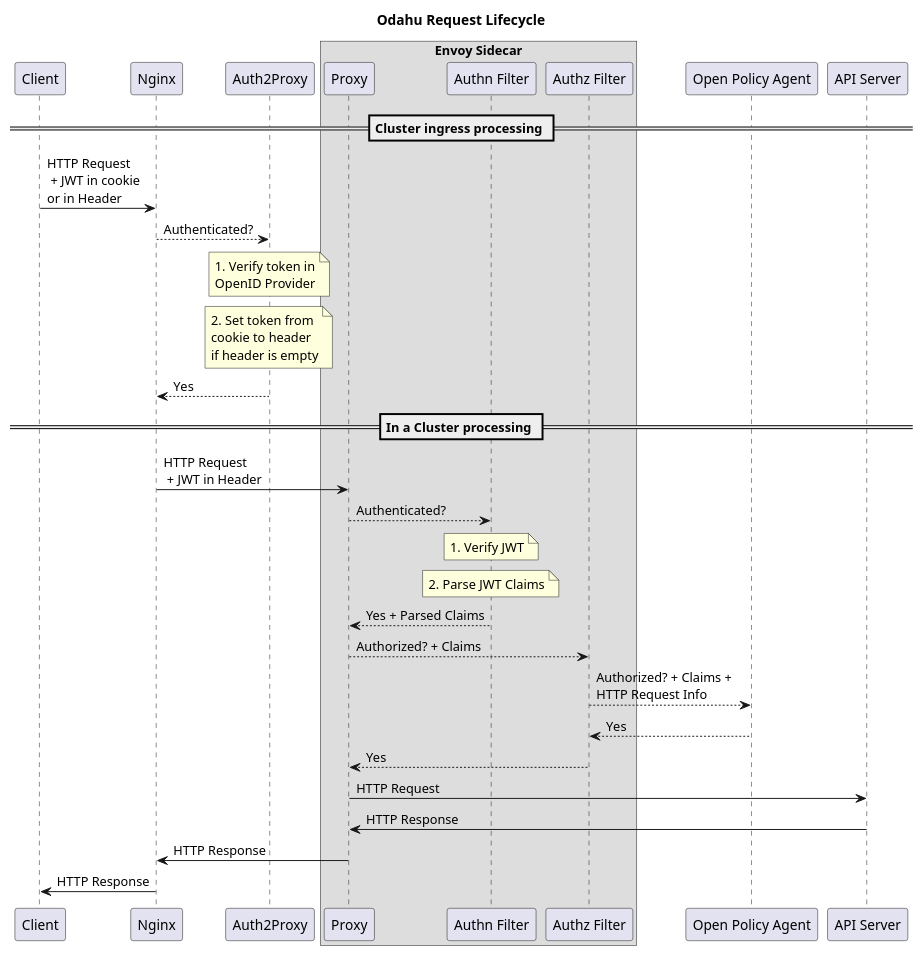
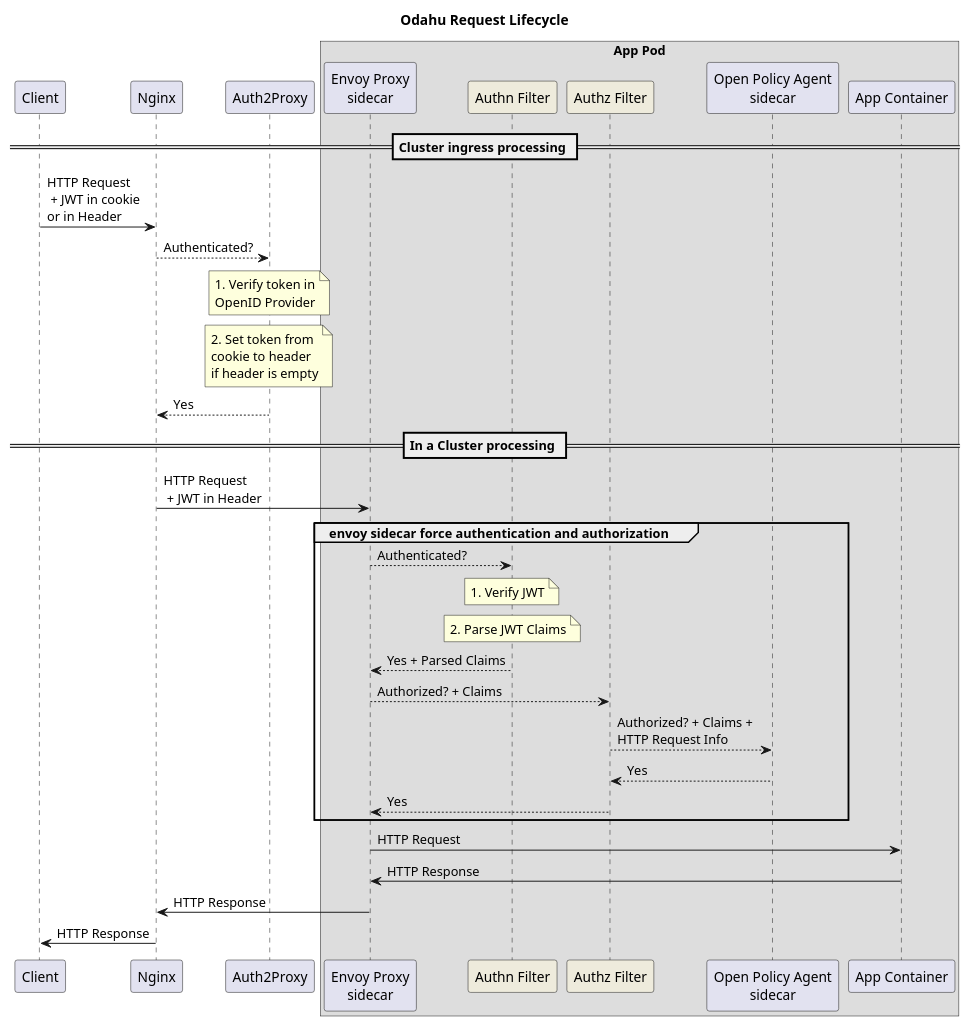
The diagram in source/uml/odahu_security_sequence.puml (odahu/odahu-docs), drawn with PlantUML before and after one commit. The commit also changed 2 other files, not shown here.

```diff
--- a/source/uml/odahu_security_sequence.puml
+++ b/source/uml/odahu_security_sequence.puml
@@ -1,40 +1,43 @@
 @startuml
 
 participant Client order 10
 participant Nginx order 20
 participant Auth2Proxy order 30
 
-box "Envoy Sidecar"
-participant "Proxy" order 40
-participant "Authn Filter" order 40
-participant "Authz Filter" order 50
+box "App Pod"
+participant "Envoy Proxy\nsidecar" order 40
+participant "Authn Filter" order 40 #EEEBDC
+participant "Authz Filter" order 50 #EEEBDC
+
+participant "Open Policy Agent\nsidecar" order 60
+participant "App Container" order 70
 endbox
-
-participant "Open Policy Agent" order 60
-participant "API Server" order 70
 
 title Odahu Request Lifecycle
 
 == Cluster ingress processing ==
 
 Client -> Nginx: HTTP Request\n + JWT in cookie\nor in Header
 Nginx --> Auth2Proxy: Authenticated?
 note over Auth2Proxy: 1. Verify token in\nOpenID Provider
 note over Auth2Proxy: 2. Set token from \ncookie to header\nif header is empty
 Auth2Proxy --> Nginx: Yes
 == In a Cluster processing ==
-Nginx -> Proxy: HTTP Request\n + JWT in Header
-Proxy --> "Authn Filter": Authenticated?
+Nginx -> "Envoy Proxy\nsidecar": HTTP Request\n + JWT in Header
+
+group envoy sidecar force authentication and authorization
+"Envoy Proxy\nsidecar" --> "Authn Filter": Authenticated?
 note over "Authn Filter": 1. Verify JWT
 note over "Authn Filter": 2. Parse JWT Claims
-"Authn Filter" --> Proxy: Yes + Parsed Claims
-Proxy --> "Authz Filter": Authorized? + Claims
-"Authz Filter" --> "Open Policy Agent": Authorized? + Claims + \nHTTP Request Info
-"Open Policy Agent" --> "Authz Filter": Yes
-"Authz Filter" --> Proxy: Yes
-Proxy -> "API Server": HTTP Request
-"API Server" -> Proxy: HTTP Response
-Proxy -> Nginx: HTTP Response
+"Authn Filter" --> "Envoy Proxy\nsidecar": Yes + Parsed Claims
+"Envoy Proxy\nsidecar" --> "Authz Filter": Authorized? + Claims
+"Authz Filter" --> "Open Policy Agent\nsidecar": Authorized? + Claims + \nHTTP Request Info
+"Open Policy Agent\nsidecar" --> "Authz Filter": Yes
+"Authz Filter" --> "Envoy Proxy\nsidecar": Yes
+end
+"Envoy Proxy\nsidecar" -> "App Container": HTTP Request
+"App Container" -> "Envoy Proxy\nsidecar": HTTP Response
+"Envoy Proxy\nsidecar" -> Nginx: HTTP Response
 Nginx -> Client: HTTP Response
 
 @enduml
```
